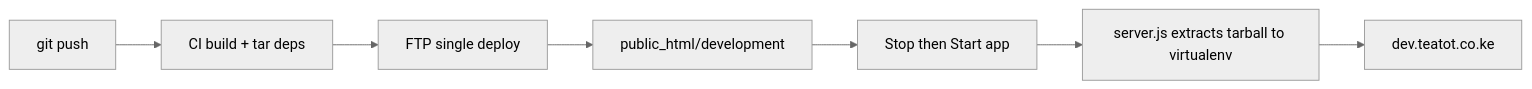
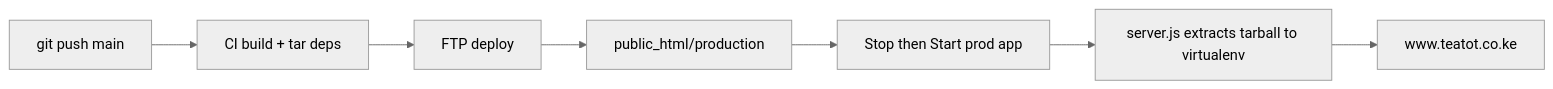
One commit to felixodette/teatot changed the diagram in docs/DEPLOYMENT.md. Above: the diagram before and after it, drawn with Mermaid (neutral theme). The commit also changed other lines of this file and 5 other files, not shown here.

````diff
--- a/docs/DEPLOYMENT.md
+++ b/docs/DEPLOYMENT.md
@@ -90,9 +181,9 @@
 ```mermaid
 flowchart LR
-  A[git push] --> B[CI build + tar deps]
-  B --> C[FTP single deploy]
-  C --> D[public_html/development]
-  D --> E[Stop then Start app]
+  A[git push main] --> B[CI build + tar deps]
+  B --> C[FTP deploy]
+  C --> D[public_html/production]
+  D --> E[Stop then Start prod app]
   E --> F[server.js extracts tarball to virtualenv]
-  F --> G[dev.teatot.co.ke]
+  F --> G[www.teatot.co.ke]
 ```
````
